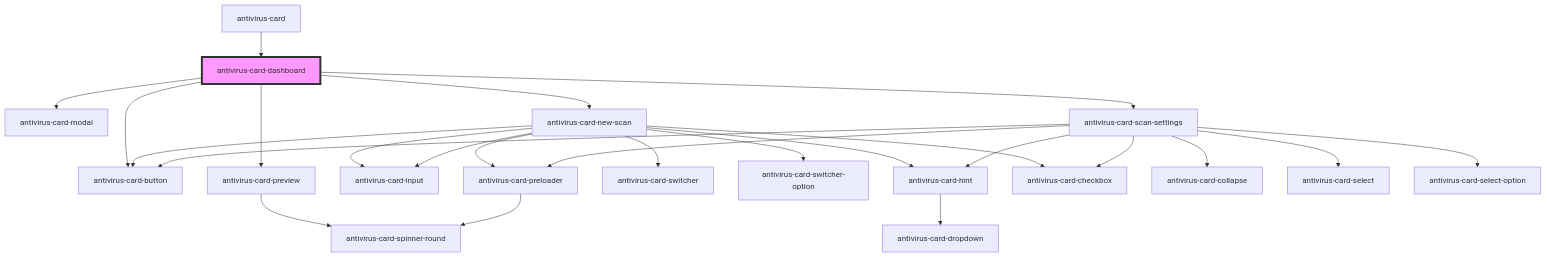
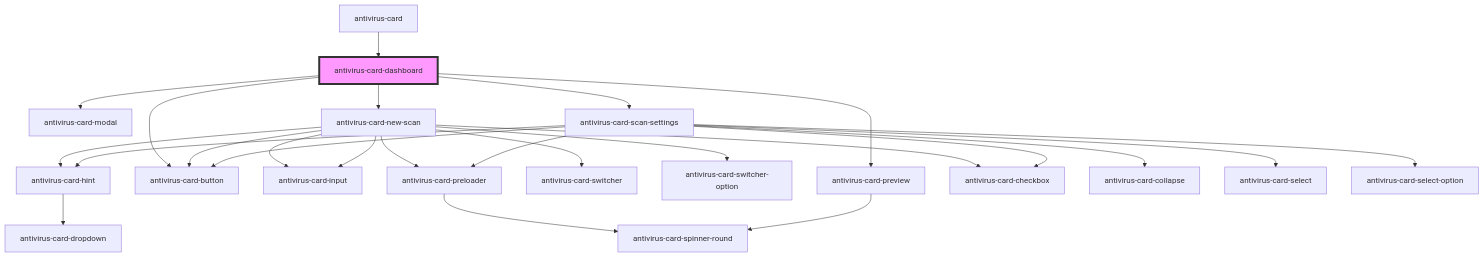
The diagram in client/packages/antivirus-card/src/components/dashboard/readme.md (ispsystem/plugin-imunify), drawn with Mermaid before and after one commit. The commit also changed other lines of this file and 22 other files, not shown here.

Commit message:
fix(antivirus-card): 🐛 fix many bugs with partial preset logic

````diff
--- a/client/packages/antivirus-card/src/components/dashboard/readme.md
+++ b/client/packages/antivirus-card/src/components/dashboard/readme.md
@@ -30,28 +30,28 @@
 ```mermaid
 graph TD;
-  antivirus-card-dashboard --> antivirus-card-button
-  antivirus-card-dashboard --> antivirus-card-preview
   antivirus-card-dashboard --> antivirus-card-modal
   antivirus-card-dashboard --> antivirus-card-new-scan
   antivirus-card-dashboard --> antivirus-card-scan-settings
-  antivirus-card-preview --> antivirus-card-spinner-round
+  antivirus-card-dashboard --> antivirus-card-preview
+  antivirus-card-dashboard --> antivirus-card-button
   antivirus-card-new-scan --> antivirus-card-input
   antivirus-card-new-scan --> antivirus-card-hint
   antivirus-card-new-scan --> antivirus-card-switcher
   antivirus-card-new-scan --> antivirus-card-switcher-option
   antivirus-card-new-scan --> antivirus-card-preloader
   antivirus-card-new-scan --> antivirus-card-button
   antivirus-card-new-scan --> antivirus-card-checkbox
   antivirus-card-new-scan --> antivirus-card-input
   antivirus-card-hint --> antivirus-card-dropdown
   antivirus-card-preloader --> antivirus-card-spinner-round
   antivirus-card-scan-settings --> antivirus-card-checkbox
   antivirus-card-scan-settings --> antivirus-card-collapse
   antivirus-card-scan-settings --> antivirus-card-select
   antivirus-card-scan-settings --> antivirus-card-select-option
   antivirus-card-scan-settings --> antivirus-card-hint
   antivirus-card-scan-settings --> antivirus-card-preloader
   antivirus-card-scan-settings --> antivirus-card-button
+  antivirus-card-preview --> antivirus-card-spinner-round
   antivirus-card --> antivirus-card-dashboard
   style antivirus-card-dashboard fill:#f9f,stroke:#333,stroke-width:4px
 ```
````
